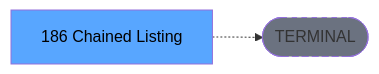
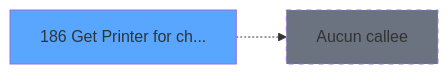
Before and after one commit to thonyAGP/magic-migration: the third of 3 diagrams in .openspec/specs/ADH-IDE-186.md, drawn with Mermaid. The commit also changed other lines of this file and 311 other files, not shown here.

````diff
--- a/.openspec/specs/ADH-IDE-186.md
+++ b/.openspec/specs/ADH-IDE-186.md
@@ -138,8 +134,8 @@
 ```mermaid
 graph LR
-    T[186 Chained Listing]
-    TERM([TERMINAL])
-    T -.-> TERM
-    style TERM fill:#6b7280,stroke-dasharray: 5 5
-    style T fill:#58a6ff,color:#000
+    T186[186 Get Printer for ch...]
+    style T186 fill:#58a6ff
+    NONE[Aucun callee]
+    T186 -.-> NONE
+    style NONE fill:#6b7280,stroke-dasharray: 5 5
 ```
````
